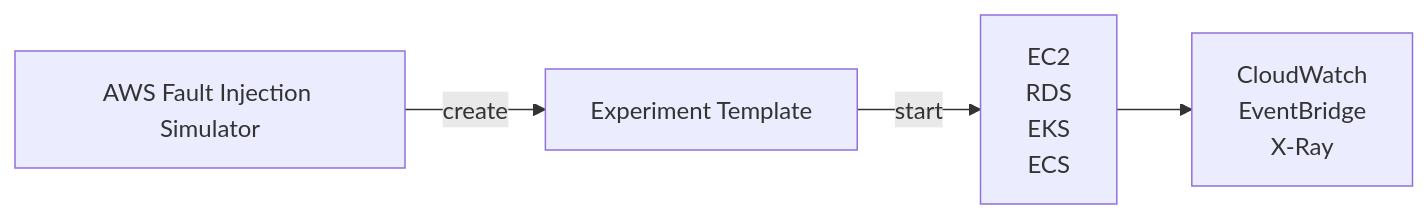
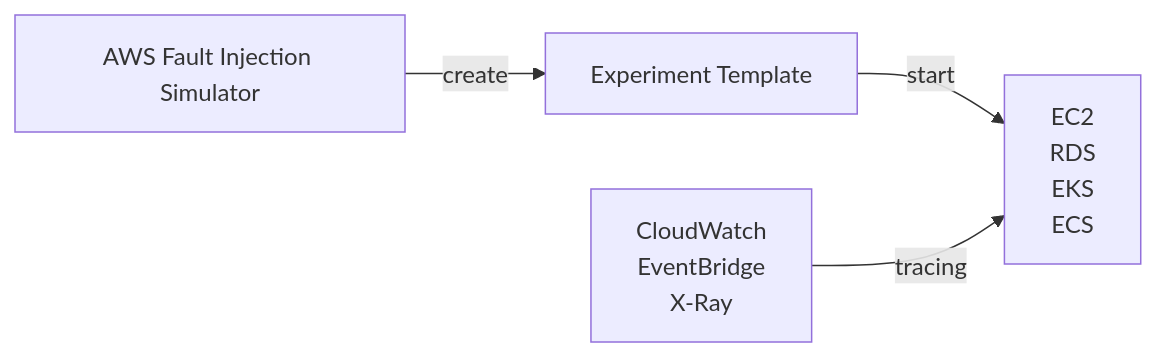
Before and after one commit to cool21540125/documentation-notes: the fourth of 4 diagrams in aws/cert-DVA_C01.md, drawn with Mermaid. The commit also changed other lines of this file and 19 other files, not shown here.

````diff
--- a/aws/cert-DVA_C01.md
+++ b/aws/cert-DVA_C01.md
@@ -283,12 +288,12 @@
 ```mermaid
 flowchart LR;
 
 ff["AWS Fault Injection Simulator"];
 ee["Experiment Template"];
 rr["EC2 \n RDS \n EKS \n ECS"];
 mm["CloudWatch \n EventBridge \n X-Ray"];
 
 ff -- create --> ee;
 ee -- start --> rr;
-rr --> mm;
+mm -- tracing --> rr;
 ```
````
